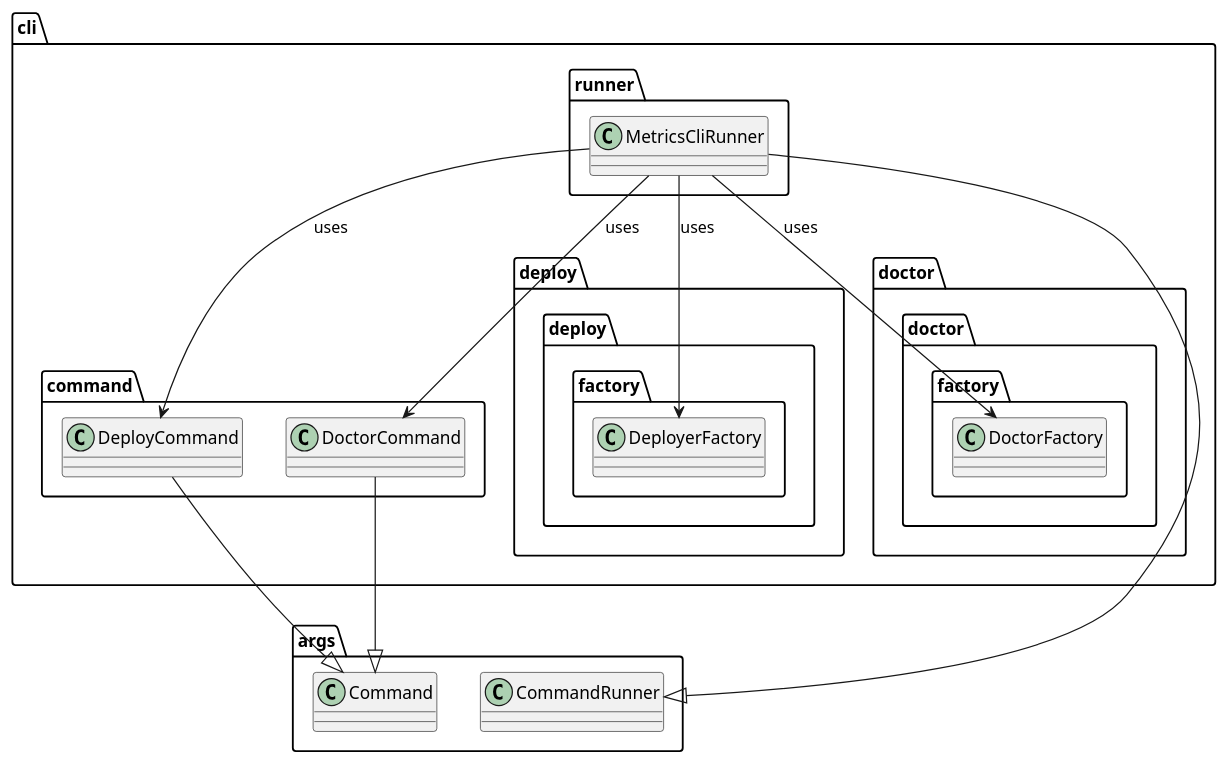
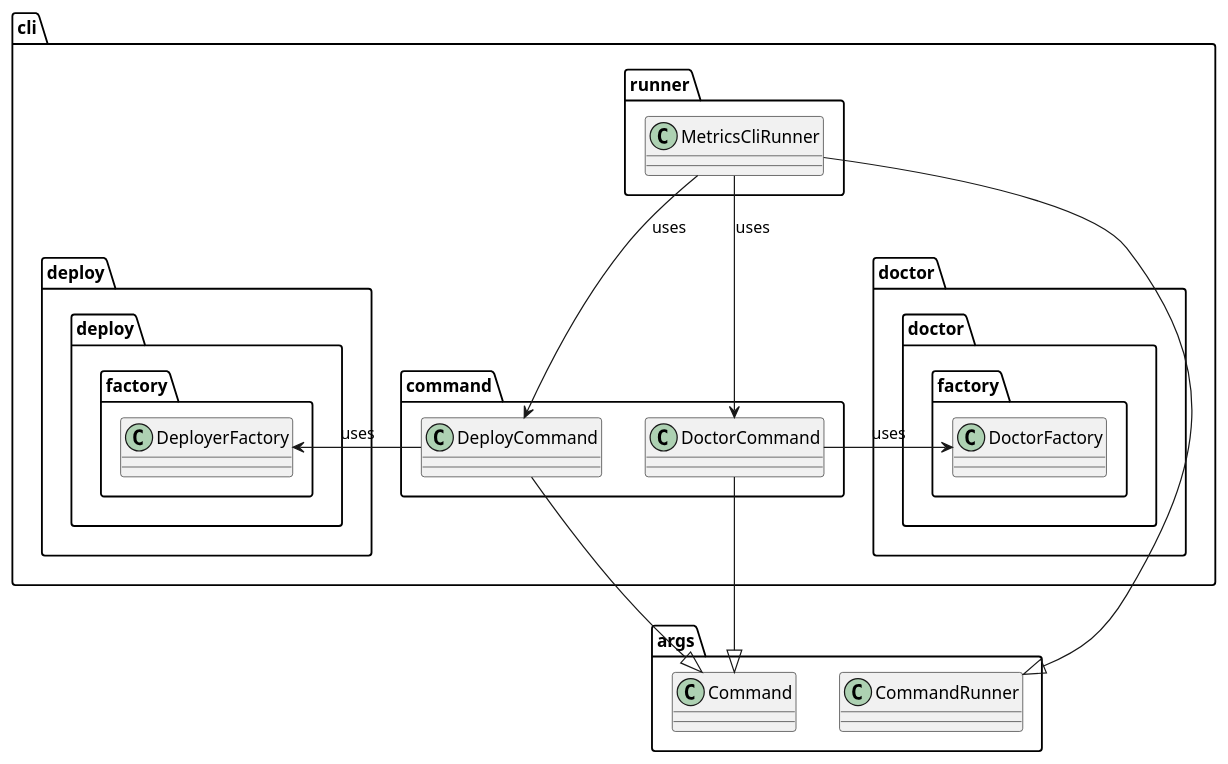
The diagram in metrics/cli/docs/diagrams/metrics_cli_runner_class_diagram.puml (Flank/flank-dashboard), drawn with PlantUML before and after one commit. The commit also changed 7 other files, not shown here.

```diff
--- a/metrics/cli/docs/diagrams/metrics_cli_runner_class_diagram.puml
+++ b/metrics/cli/docs/diagrams/metrics_cli_runner_class_diagram.puml
@@ -1,42 +1,42 @@
 @startuml metrics_cli_runner_class_diagram
 
 package args {
     class CommandRunner{}
     class Command {}
 }
 
 package cli {
+    package doctor {
+        package factory as doctor.factory {
+            class DoctorFactory {}
+        }
+    }
+
     package runner {
         class MetricsCliRunner {}
     }
 
     package command {
         class DeployCommand {}
         class DoctorCommand {}
     }
 
     package deploy {
         package factory as deploy.factory{
             class DeployerFactory {}
         }
     }
-
-    package doctor {
-        package factory as doctor.factory {
-            class DoctorFactory {}
-        }
-    }
 }
 
 MetricsCliRunner --> DoctorCommand : uses
 MetricsCliRunner --> DeployCommand : uses
-MetricsCliRunner --> DeployerFactory : uses
-MetricsCliRunner --> DoctorFactory : uses
+DeployCommand -left-> DeployerFactory : uses
+DoctorCommand -right-> DoctorFactory : uses
 
 DeployCommand --|> Command
 DoctorCommand --|> Command
 
 MetricsCliRunner --|> CommandRunner
 
 
 @enduml
```
